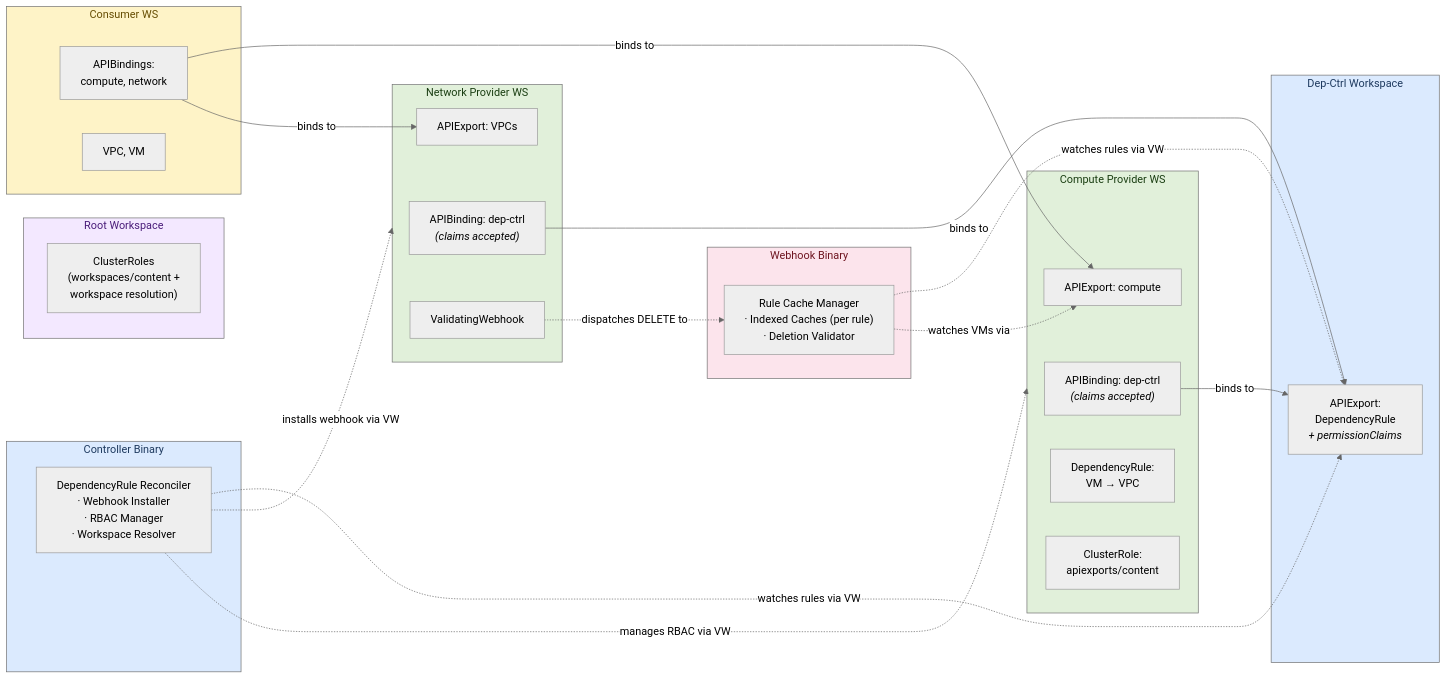
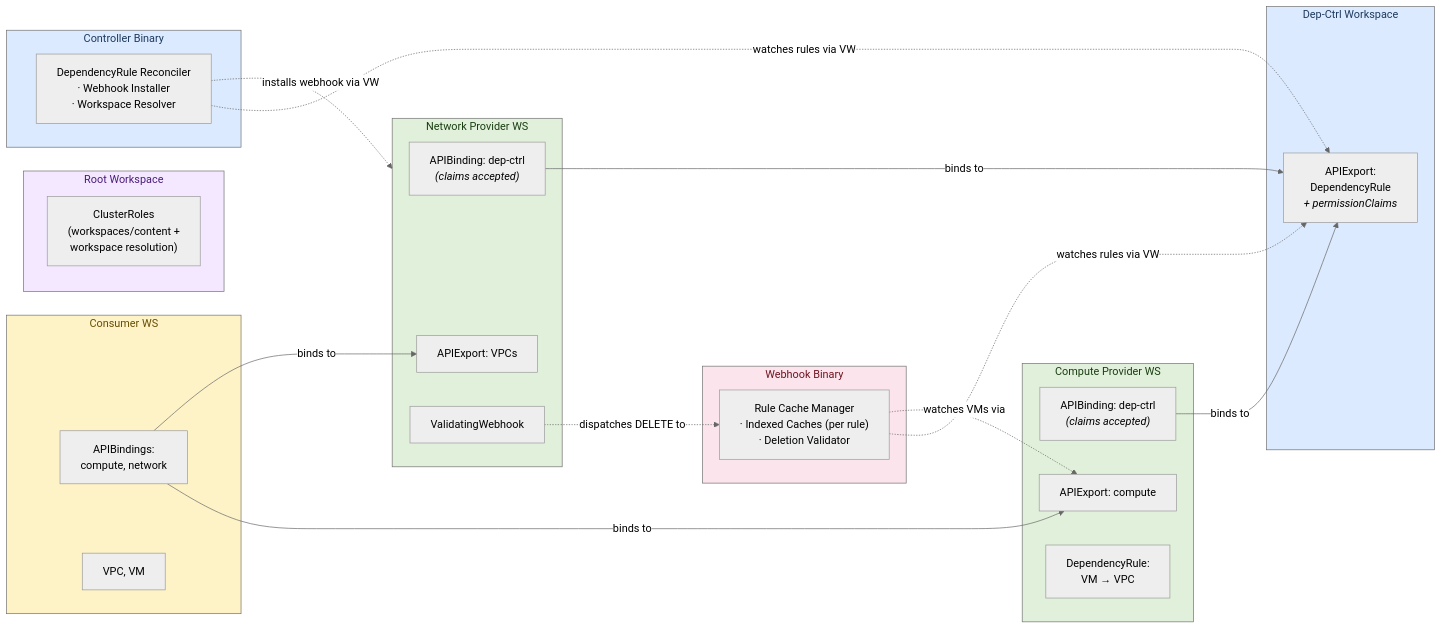
One commit to opendefensecloud/dependency-controller changed the second of 2 diagrams in README.md. Above: the diagram before and after it, drawn with Mermaid (neutral theme). The commit also changed other lines of this file and 16 other files, not shown here.

````diff
--- a/README.md
+++ b/README.md
@@ -118,55 +113,53 @@
 ```mermaid
 graph LR
     subgraph DC["Dep-Ctrl Workspace"]
         DCExport["APIExport:<br/>DependencyRule<br/><i>+ permissionClaims</i>"]
     end
 
     subgraph CB["Controller Binary"]
-        Ctrl["DependencyRule Reconciler<br/>· Webhook Installer<br/>· RBAC Manager<br/>· Workspace Resolver"]
+        Ctrl["DependencyRule Reconciler<br/>· Webhook Installer<br/>· Workspace Resolver"]
     end
 
     subgraph WB["Webhook Binary"]
         WH["Rule Cache Manager<br/>· Indexed Caches (per rule)<br/>· Deletion Validator"]
     end
 
     subgraph CP["Compute Provider WS"]
         CPBinding["APIBinding: dep-ctrl<br/><i>(claims accepted)</i>"]
         CPExport["APIExport: compute"]
         CPRule["DependencyRule:<br/>VM → VPC"]
-        CPRBAC["ClusterRole:<br/>apiexports/content"]
     end
 
     subgraph NP["Network Provider WS"]
         NPBinding["APIBinding: dep-ctrl<br/><i>(claims accepted)</i>"]
         NPExport["APIExport: VPCs"]
         NPWebhook["ValidatingWebhook"]
     end
 
     subgraph ROOT["Root Workspace"]
         ROOTROLE["ClusterRoles<br/>(workspaces/content +<br/>workspace resolution)"]
     end
 
     subgraph CW["Consumer WS"]
         CWBindings["APIBindings:<br/>compute, network"]
         CWResources["VPC, VM"]
     end
 
     CPBinding -->|binds to| DCExport
     NPBinding -->|binds to| DCExport
     Ctrl -.->|watches rules via VW| DCExport
     Ctrl -.->|installs webhook via VW| NP
-    Ctrl -.->|manages RBAC via VW| CP
     WH -.->|watches rules via VW| DCExport
     WH -.->|watches VMs via| CPExport
     NPWebhook -.->|dispatches DELETE to| WH
     CWBindings -->|binds to| CPExport
     CWBindings -->|binds to| NPExport
 
     style DC fill:#dbeafe,color:#1e3a5f
     style CB fill:#dbeafe,color:#1e3a5f
     style WB fill:#fce4ec,color:#6e1520
     style CP fill:#e1f0da,color:#1a3e12
     style NP fill:#e1f0da,color:#1a3e12
     style ROOT fill:#f3e8ff,color:#4a1d7a
     style CW fill:#fef3c7,color:#664d03
 ```
````
